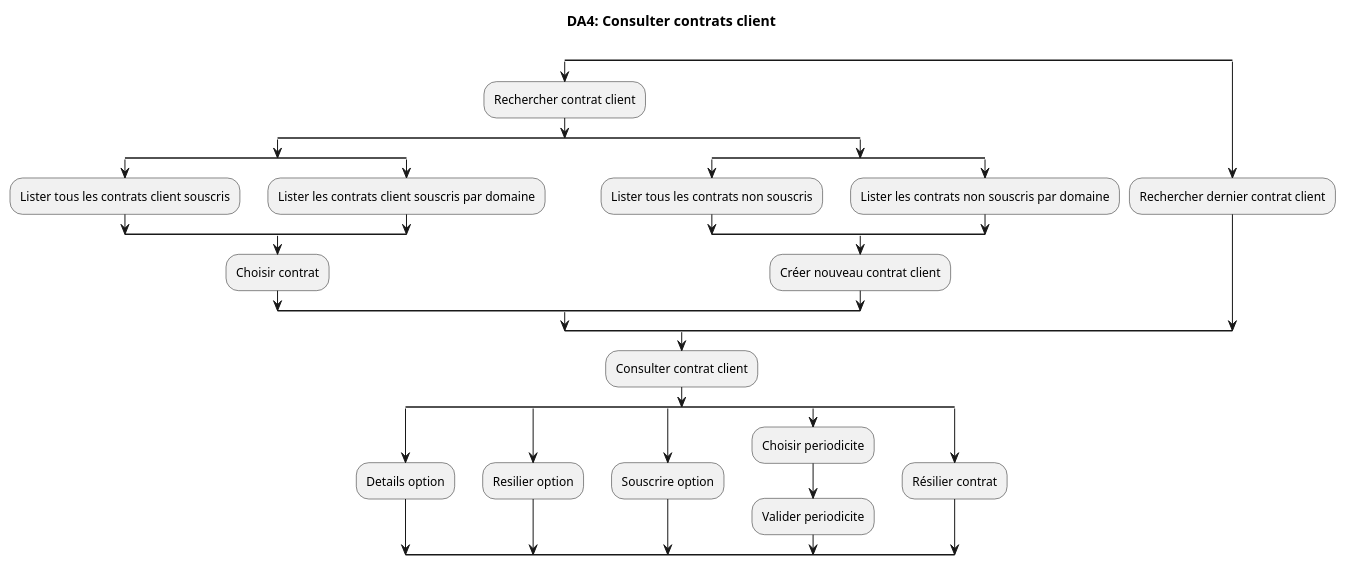
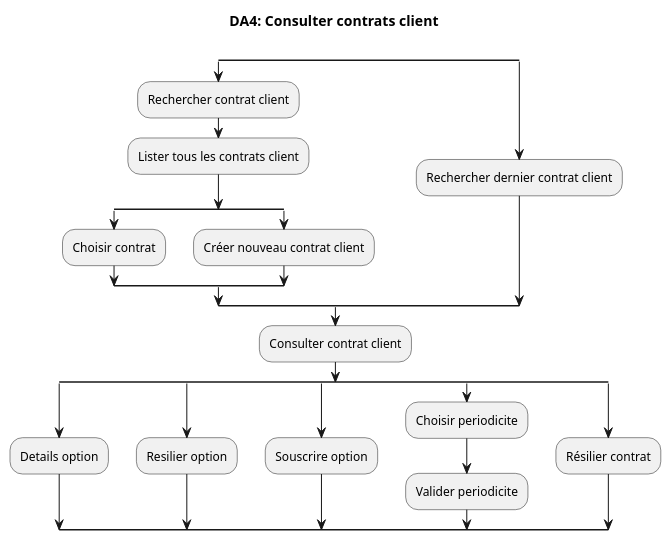
The diagram in CU004 - Gestion des contrats du client (Zone Contrats)/DA004.puml (if-h4102/pld-mars), drawn with PlantUML before and after one commit. The commit also changed 1 other file, not shown here.

```diff
--- a/CU004 - Gestion des contrats du client (Zone Contrats)/DA004.puml
+++ b/CU004 - Gestion des contrats du client (Zone Contrats)/DA004.puml
@@ -1,37 +1,30 @@
 @startuml
 title DA4: Consulter contrats client\n
 split
 :Rechercher contrat client;
 
-split
+
+	:Lister tous les contrats client;
 	split
-		:Lister tous les contrats client souscris;
+	:Choisir contrat;
 	split again
-		:Lister les contrats client souscris par domaine;
+	:Créer nouveau contrat client;
 	end split
-	:Choisir contrat;
-split again
-	split
-	:Lister tous les contrats non souscris;
-	split again 
-	:Lister les contrats non souscris par domaine;
-	end split
-	:Créer nouveau contrat client;
-end split
+
 split again 
 :Rechercher dernier contrat client;
 end split
 :Consulter contrat client;
 	split
 		:Details option;
 	split again
 		:Resilier option;
 	split again
 		:Souscrire option;
 	split again
 		:Choisir periodicite;
 		:Valider periodicite;
 	split again 
 		:Résilier contrat;
 	end split
 @enduml
```
